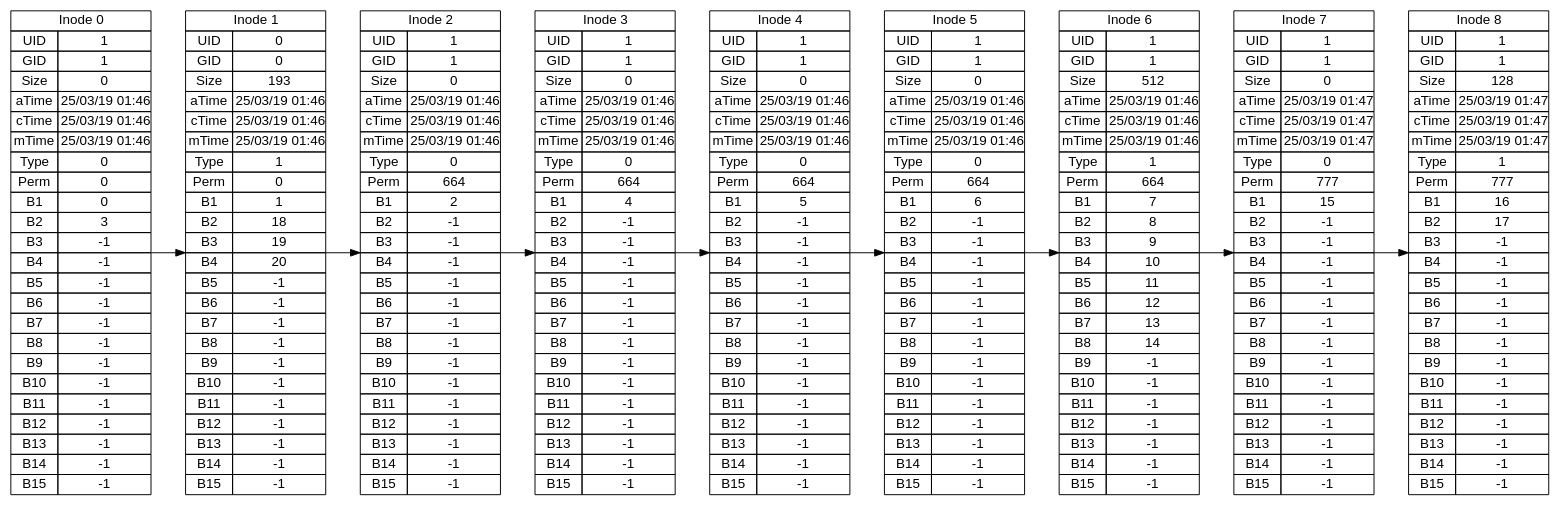
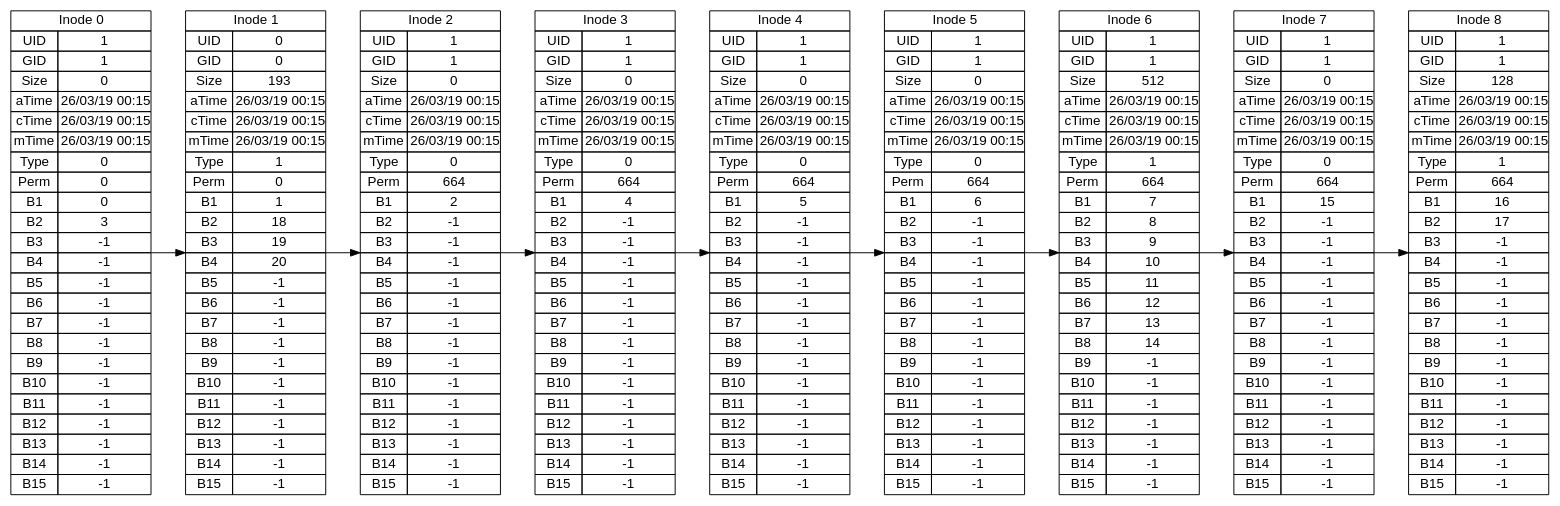
One commit to SebastianSNZ/FailsOwO changed the diagram in build-UltraFileManager-Desktop_Qt_5_5_1_GCC_32bit-Debug/inode_list.dot. Above: the diagram before and after it, drawn with Graphviz. The commit also changed 8 other files, not shown here.

```diff
--- a/build-UltraFileManager-Desktop_Qt_5_5_1_GCC_32bit-Debug/inode_list.dot
+++ b/build-UltraFileManager-Desktop_Qt_5_5_1_GCC_32bit-Debug/inode_list.dot
@@ -9,9 +9,9 @@
 			<tr> <td>UID</td> <td>1</td> </tr>
 			<tr> <td>GID</td> <td>1</td> </tr>
 			<tr> <td>Size</td> <td>0</td> </tr>
-			<tr> <td>aTime</td> <td>25/03/19 01:46</td> </tr>
-			<tr> <td>cTime</td> <td>25/03/19 01:46</td> </tr>
-			<tr> <td>mTime</td> <td>25/03/19 01:46</td> </tr>
+			<tr> <td>aTime</td> <td>26/03/19 00:15</td> </tr>
+			<tr> <td>cTime</td> <td>26/03/19 00:15</td> </tr>
+			<tr> <td>mTime</td> <td>26/03/19 00:15</td> </tr>
 			<tr> <td>Type</td> <td>0</td> </tr>
 			<tr> <td>Perm</td> <td>0</td> </tr>
 			<tr> <td>B1</td> <td>0</td> </tr>
@@ -37,9 +37,9 @@
 			<tr> <td>UID</td> <td>0</td> </tr>
 			<tr> <td>GID</td> <td>0</td> </tr>
 			<tr> <td>Size</td> <td>193</td> </tr>
-			<tr> <td>aTime</td> <td>25/03/19 01:46</td> </tr>
-			<tr> <td>cTime</td> <td>25/03/19 01:46</td> </tr>
-			<tr> <td>mTime</td> <td>25/03/19 01:46</td> </tr>
+			<tr> <td>aTime</td> <td>26/03/19 00:15</td> </tr>
+			<tr> <td>cTime</td> <td>26/03/19 00:15</td> </tr>
+			<tr> <td>mTime</td> <td>26/03/19 00:15</td> </tr>
 			<tr> <td>Type</td> <td>1</td> </tr>
 			<tr> <td>Perm</td> <td>0</td> </tr>
 			<tr> <td>B1</td> <td>1</td> </tr>
@@ -66,9 +66,9 @@
 			<tr> <td>UID</td> <td>1</td> </tr>
 			<tr> <td>GID</td> <td>1</td> </tr>
 			<tr> <td>Size</td> <td>0</td> </tr>
-			<tr> <td>aTime</td> <td>25/03/19 01:46</td> </tr>
-			<tr> <td>cTime</td> <td>25/03/19 01:46</td> </tr>
-			<tr> <td>mTime</td> <td>25/03/19 01:46</td> </tr>
+			<tr> <td>aTime</td> <td>26/03/19 00:15</td> </tr>
+			<tr> <td>cTime</td> <td>26/03/19 00:15</td> </tr>
+			<tr> <td>mTime</td> <td>26/03/19 00:15</td> </tr>
 			<tr> <td>Type</td> <td>0</td> </tr>
 			<tr> <td>Perm</td> <td>664</td> </tr>
 			<tr> <td>B1</td> <td>2</td> </tr>
@@ -95,9 +95,9 @@
 			<tr> <td>UID</td> <td>1</td> </tr>
 			<tr> <td>GID</td> <td>1</td> </tr>
 			<tr> <td>Size</td> <td>0</td> </tr>
-			<tr> <td>aTime</td> <td>25/03/19 01:46</td> </tr>
-			<tr> <td>cTime</td> <td>25/03/19 01:46</td> </tr>
-			<tr> <td>mTime</td> <td>25/03/19 01:46</td> </tr>
+			<tr> <td>aTime</td> <td>26/03/19 00:15</td> </tr>
+			<tr> <td>cTime</td> <td>26/03/19 00:15</td> </tr>
+			<tr> <td>mTime</td> <td>26/03/19 00:15</td> </tr>
 			<tr> <td>Type</td> <td>0</td> </tr>
 			<tr> <td>Perm</td> <td>664</td> </tr>
 			<tr> <td>B1</td> <td>4</td> </tr>
@@ -124,9 +124,9 @@
 			<tr> <td>UID</td> <td>1</td> </tr>
 			<tr> <td>GID</td> <td>1</td> </tr>
 			<tr> <td>Size</td> <td>0</td> </tr>
-			<tr> <td>aTime</td> <td>25/03/19 01:46</td> </tr>
-			<tr> <td>cTime</td> <td>25/03/19 01:46</td> </tr>
-			<tr> <td>mTime</td> <td>25/03/19 01:46</td> </tr>
+			<tr> <td>aTime</td> <td>26/03/19 00:15</td> </tr>
+			<tr> <td>cTime</td> <td>26/03/19 00:15</td> </tr>
+			<tr> <td>mTime</td> <td>26/03/19 00:15</td> </tr>
 			<tr> <td>Type</td> <td>0</td> </tr>
 			<tr> <td>Perm</td> <td>664</td> </tr>
 			<tr> <td>B1</td> <td>5</td> </tr>
@@ -153,9 +153,9 @@
 			<tr> <td>UID</td> <td>1</td> </tr>
 			<tr> <td>GID</td> <td>1</td> </tr>
 			<tr> <td>Size</td> <td>0</td> </tr>
-			<tr> <td>aTime</td> <td>25/03/19 01:46</td> </tr>
-			<tr> <td>cTime</td> <td>25/03/19 01:46</td> </tr>
-			<tr> <td>mTime</td> <td>25/03/19 01:46</td> </tr>
+			<tr> <td>aTime</td> <td>26/03/19 00:15</td> </tr>
+			<tr> <td>cTime</td> <td>26/03/19 00:15</td> </tr>
+			<tr> <td>mTime</td> <td>26/03/19 00:15</td> </tr>
 			<tr> <td>Type</td> <td>0</td> </tr>
 			<tr> <td>Perm</td> <td>664</td> </tr>
 			<tr> <td>B1</td> <td>6</td> </tr>
@@ -182,9 +182,9 @@
 			<tr> <td>UID</td> <td>1</td> </tr>
 			<tr> <td>GID</td> <td>1</td> </tr>
 			<tr> <td>Size</td> <td>512</td> </tr>
-			<tr> <td>aTime</td> <td>25/03/19 01:46</td> </tr>
-			<tr> <td>cTime</td> <td>25/03/19 01:46</td> </tr>
-			<tr> <td>mTime</td> <td>25/03/19 01:46</td> </tr>
+			<tr> <td>aTime</td> <td>26/03/19 00:15</td> </tr>
+			<tr> <td>cTime</td> <td>26/03/19 00:15</td> </tr>
+			<tr> <td>mTime</td> <td>26/03/19 00:15</td> </tr>
 			<tr> <td>Type</td> <td>1</td> </tr>
 			<tr> <td>Perm</td> <td>664</td> </tr>
 			<tr> <td>B1</td> <td>7</td> </tr>
@@ -211,11 +211,11 @@
 			<tr> <td>UID</td> <td>1</td> </tr>
 			<tr> <td>GID</td> <td>1</td> </tr>
 			<tr> <td>Size</td> <td>0</td> </tr>
-			<tr> <td>aTime</td> <td>25/03/19 01:47</td> </tr>
-			<tr> <td>cTime</td> <td>25/03/19 01:47</td> </tr>
-			<tr> <td>mTime</td> <td>25/03/19 01:47</td> </tr>
+			<tr> <td>aTime</td> <td>26/03/19 00:15</td> </tr>
+			<tr> <td>cTime</td> <td>26/03/19 00:15</td> </tr>
+			<tr> <td>mTime</td> <td>26/03/19 00:15</td> </tr>
 			<tr> <td>Type</td> <td>0</td> </tr>
-			<tr> <td>Perm</td> <td>777</td> </tr>
+			<tr> <td>Perm</td> <td>664</td> </tr>
 			<tr> <td>B1</td> <td>15</td> </tr>
 			<tr> <td>B2</td> <td>-1</td> </tr>
 			<tr> <td>B3</td> <td>-1</td> </tr>
@@ -240,11 +240,11 @@
 			<tr> <td>UID</td> <td>1</td> </tr>
 			<tr> <td>GID</td> <td>1</td> </tr>
 			<tr> <td>Size</td> <td>128</td> </tr>
-			<tr> <td>aTime</td> <td>25/03/19 01:47</td> </tr>
-			<tr> <td>cTime</td> <td>25/03/19 01:47</td> </tr>
-			<tr> <td>mTime</td> <td>25/03/19 01:47</td> </tr>
+			<tr> <td>aTime</td> <td>26/03/19 00:15</td> </tr>
+			<tr> <td>cTime</td> <td>26/03/19 00:15</td> </tr>
+			<tr> <td>mTime</td> <td>26/03/19 00:15</td> </tr>
 			<tr> <td>Type</td> <td>1</td> </tr>
-			<tr> <td>Perm</td> <td>777</td> </tr>
+			<tr> <td>Perm</td> <td>664</td> </tr>
 			<tr> <td>B1</td> <td>16</td> </tr>
 			<tr> <td>B2</td> <td>17</td> </tr>
 			<tr> <td>B3</td> <td>-1</td> </tr>
```
